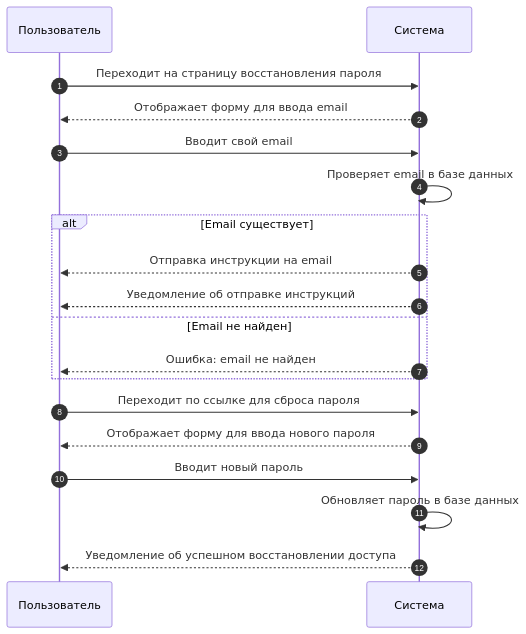
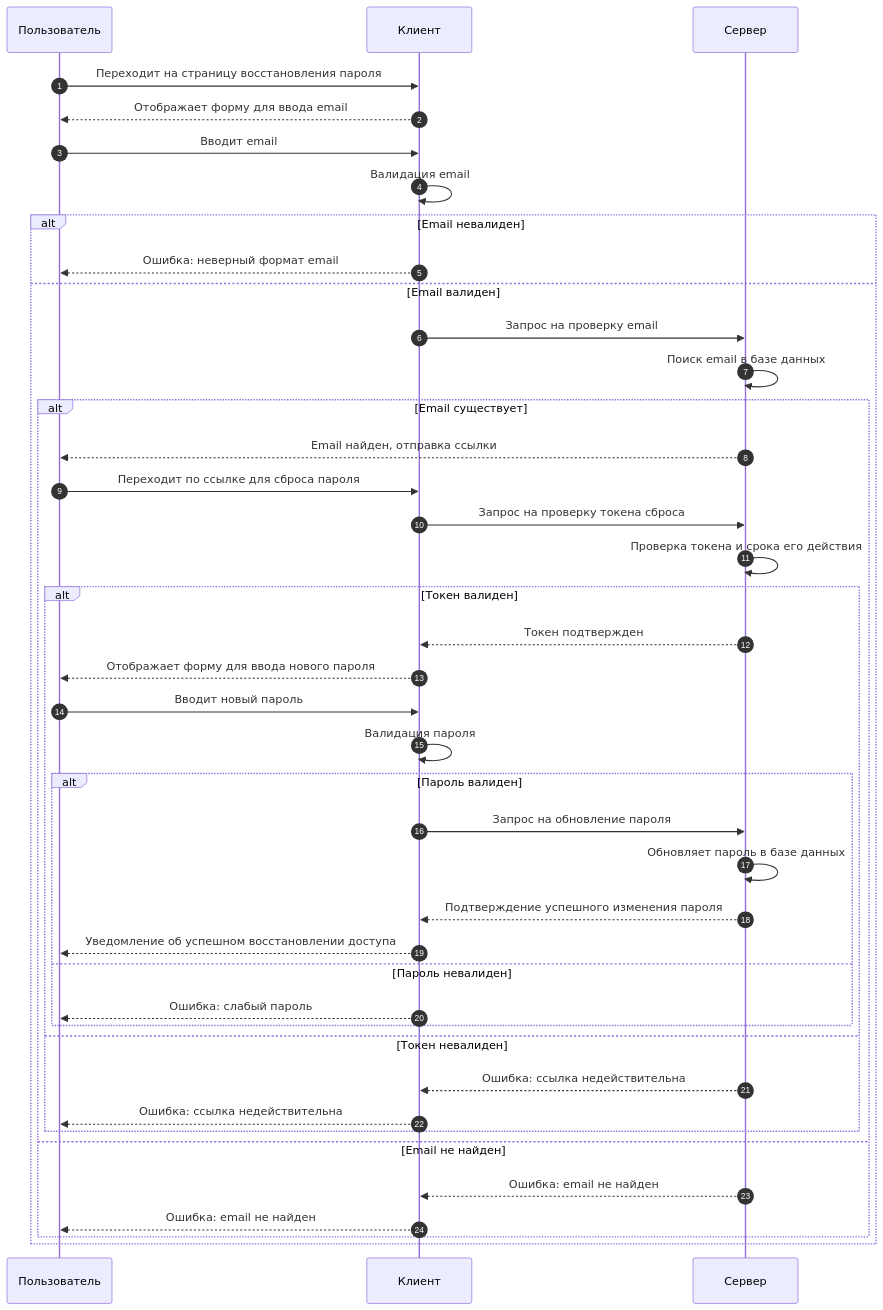
Before and after one commit to P314Rat/LegalexAccount: the second of 2 diagrams in Documentation/docs/авторизация/password-recovery.md, drawn with Mermaid. The commit also changed other lines of this file, not shown here.

Commit message:
Password recovery page in documentation is done.

````diff
--- a/Documentation/docs/авторизация/password-recovery.md
+++ b/Documentation/docs/авторизация/password-recovery.md
@@ -32,19 +32,40 @@
 ```mermaid
 sequenceDiagram
     autonumber
-    Пользователь->>Система: Переходит на страницу восстановления пароля
-    Система-->>Пользователь: Отображает форму для ввода email
-    Пользователь->>Система: Вводит свой email
-    Система->>Система: Проверяет email в базе данных
-    alt Email существует
-        Система-->>Пользователь: Отправка инструкции на email
-        Система-->>Пользователь: Уведомление об отправке инструкций
-    else Email не найден
-        Система-->>Пользователь: Ошибка: email не найден
+    Пользователь->>Клиент: Переходит на страницу восстановления пароля
+    Клиент-->>Пользователь: Отображает форму для ввода email
+    Пользователь->>Клиент: Вводит email
+    Клиент->>Клиент: Валидация email
+    alt Email невалиден
+        Клиент-->>Пользователь: Ошибка: неверный формат email
+    else Email валиден
+        Клиент->>Сервер: Запрос на проверку email
+            Сервер->>Сервер: Поиск email в базе данных
+            alt Email существует
+                Сервер-->>Пользователь: Email найден, отправка ссылки
+                Пользователь->>Клиент: Переходит по ссылке для сброса пароля
+                Клиент->>Сервер: Запрос на проверку токена сброса
+                Сервер->>Сервер: Проверка токена и срока его действия
+                alt Токен валиден
+                    Сервер-->>Клиент: Токен подтвержден
+                    Клиент-->>Пользователь: Отображает форму для ввода нового пароля
+                    Пользователь->>Клиент: Вводит новый пароль
+                    Клиент->>Клиент: Валидация пароля
+                    alt Пароль валиден
+                        Клиент->>Сервер: Запрос на обновление пароля
+                        Сервер->>Сервер: Обновляет пароль в базе данных
+                        Сервер-->>Клиент: Подтверждение успешного изменения пароля
+                        Клиент-->>Пользователь: Уведомление об успешном восстановлении доступа
+                    else Пароль невалиден
+                        Клиент-->>Пользователь: Ошибка: слабый пароль
+                    end
+                else Токен невалиден
+                    Сервер-->>Клиент: Ошибка: ссылка недействительна
+                    Клиент-->>Пользователь: Ошибка: ссылка недействительна
+                end
+            else Email не найден
+                Сервер-->>Клиент: Ошибка: email не найден
+                Клиент-->>Пользователь: Ошибка: email не найден
+            end
     end
-    Пользователь->>Система: Переходит по ссылке для сброса пароля
-    Система-->>Пользователь: Отображает форму для ввода нового пароля
-    Пользователь->>Система: Вводит новый пароль
-    Система->>Система: Обновляет пароль в базе данных
-    Система-->>Пользователь: Уведомление об успешном восстановлении доступа
 ```
````
